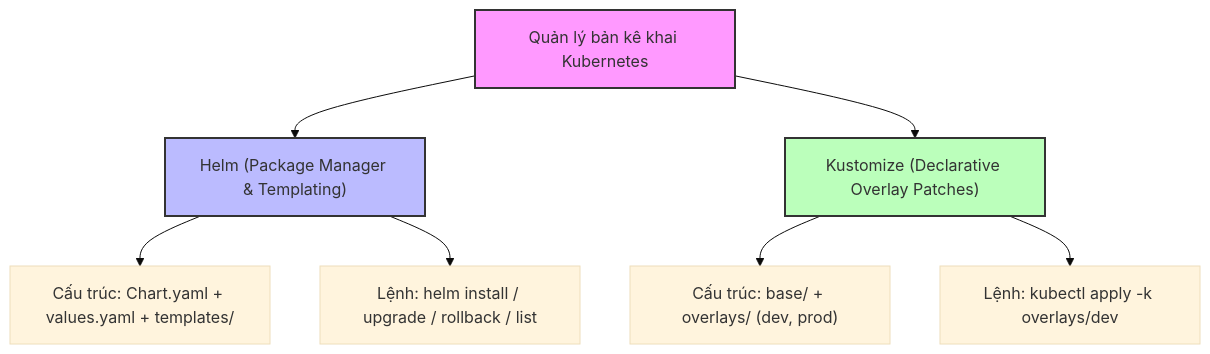
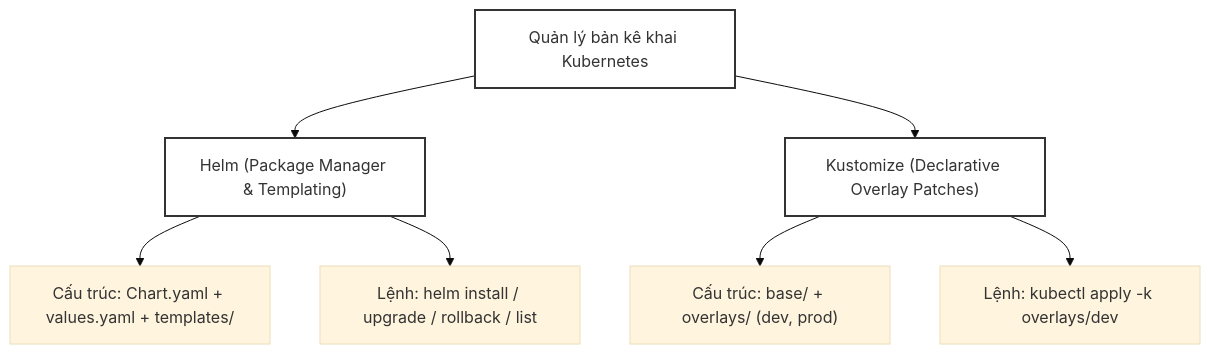
The second of 3 diagrams in _posts/2026-09-12-cka-13-13-helm-va-kustomize.md (kiennt308/ntk), drawn with Mermaid (base theme) before and after one commit. The commit also changed other lines of this file and 207 other files, not shown here.

Commit message:
feat(posts): batch standardize all 208 posts with TL;DR, qa-card accordion, fill:none mermaid, and liquid raw wrappers

````diff
--- a/_posts/2026-09-12-cka-13-13-helm-va-kustomize.md
+++ b/_posts/2026-09-12-cka-13-13-helm-va-kustomize.md
@@ -373,15 +377,15 @@
 ```mermaid
 graph TD
     A["Quản lý bản kê khai Kubernetes"] --> B["Helm (Package Manager & Templating)"]
     A --> C["Kustomize (Declarative Overlay Patches)"]
     
     B --> B1["Cấu trúc: Chart.yaml + values.yaml + templates/"]
     B --> B2["Lệnh: helm install / upgrade / rollback / list"]
     
     C --> C1["Cấu trúc: base/ + overlays/ (dev, prod)"]
     C --> C2["Lệnh: kubectl apply -k overlays/dev"]
 
-    style A fill:#f9f,stroke:#333,stroke-width:2px
-    style B fill:#bbf,stroke:#333,stroke-width:2px
-    style C fill:#bfb,stroke:#333,stroke-width:2px
+    style A fill:none,stroke:#333,stroke-width:2px
+    style B fill:none,stroke:#333,stroke-width:2px
+    style C fill:none,stroke:#333,stroke-width:2px
 ```
````
